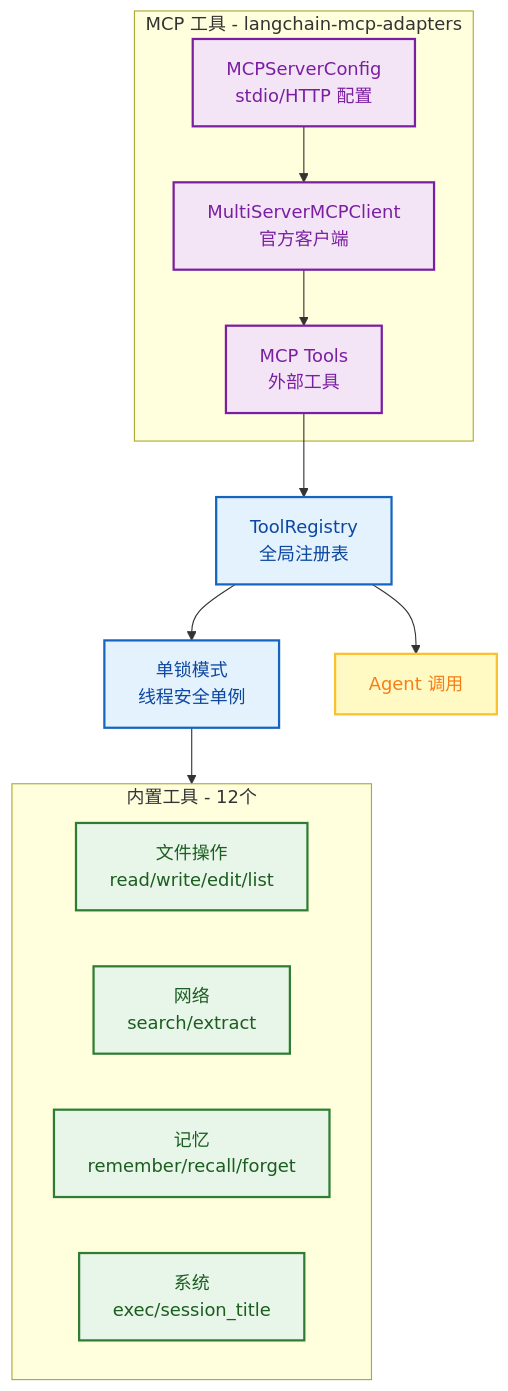
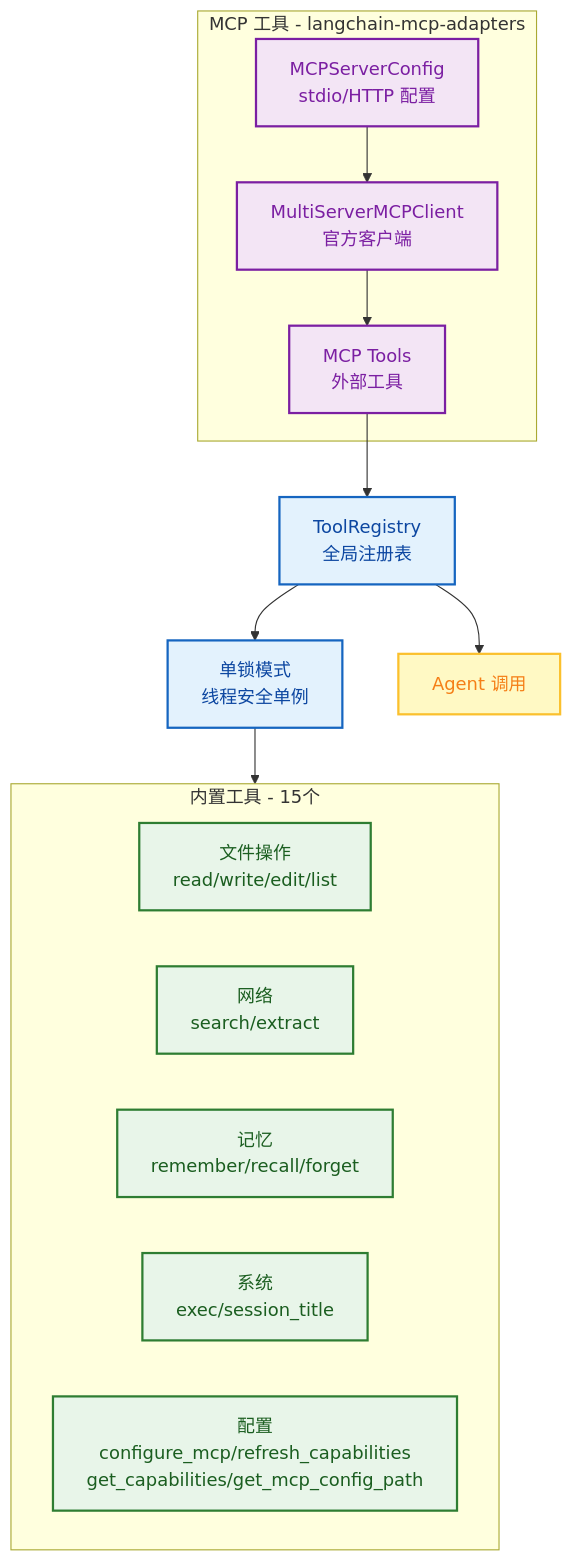
The sixth of 8 diagrams in docs/zh-CN/blog/finchbot-flexible-ai-agent-framework.md (xt765/FinchBot), drawn with Mermaid before and after one commit. The commit also changed other lines of this file and 4 other files, not shown here.

````diff
--- a/docs/zh-CN/blog/finchbot-flexible-ai-agent-framework.md
+++ b/docs/zh-CN/blog/finchbot-flexible-ai-agent-framework.md
@@ -404,30 +415,31 @@
 ```mermaid
 flowchart TB
     classDef registry fill:#e3f2fd,stroke:#1565c0,stroke-width:2px,color:#0d47a1;
     classDef builtin fill:#e8f5e9,stroke:#2e7d32,stroke-width:2px,color:#1b5e20;
     classDef mcp fill:#f3e5f5,stroke:#7b1fa2,stroke-width:2px,color:#7b1fa2;
     classDef agent fill:#fff9c4,stroke:#fbc02d,stroke-width:2px,color:#f57f17;
 
     TR[ToolRegistry<br/>全局注册表]:::registry
     Lock[单锁模式<br/>线程安全单例]:::registry
 
-    subgraph BuiltIn [内置工具 - 12个]
+    subgraph BuiltIn [内置工具 - 15个]
         File[文件操作<br/>read/write/edit/list]:::builtin
         Web[网络<br/>search/extract]:::builtin
         Memory[记忆<br/>remember/recall/forget]:::builtin
         System[系统<br/>exec/session_title]:::builtin
+        Config[配置<br/>configure_mcp/refresh_capabilities<br/>get_capabilities/get_mcp_config_path]:::builtin
     end
 
     subgraph MCP [MCP 工具 - langchain-mcp-adapters]
         MCPConfig[MCPServerConfig<br/>stdio/HTTP 配置]:::mcp
         MCPClient[MultiServerMCPClient<br/>官方客户端]:::mcp
         MCPTools[MCP Tools<br/>外部工具]:::mcp
     end
 
     Agent[Agent 调用]:::agent
 
     TR --> Lock
     Lock --> BuiltIn
     MCPConfig --> MCPClient --> MCPTools --> TR
     TR --> Agent
 ```
````
